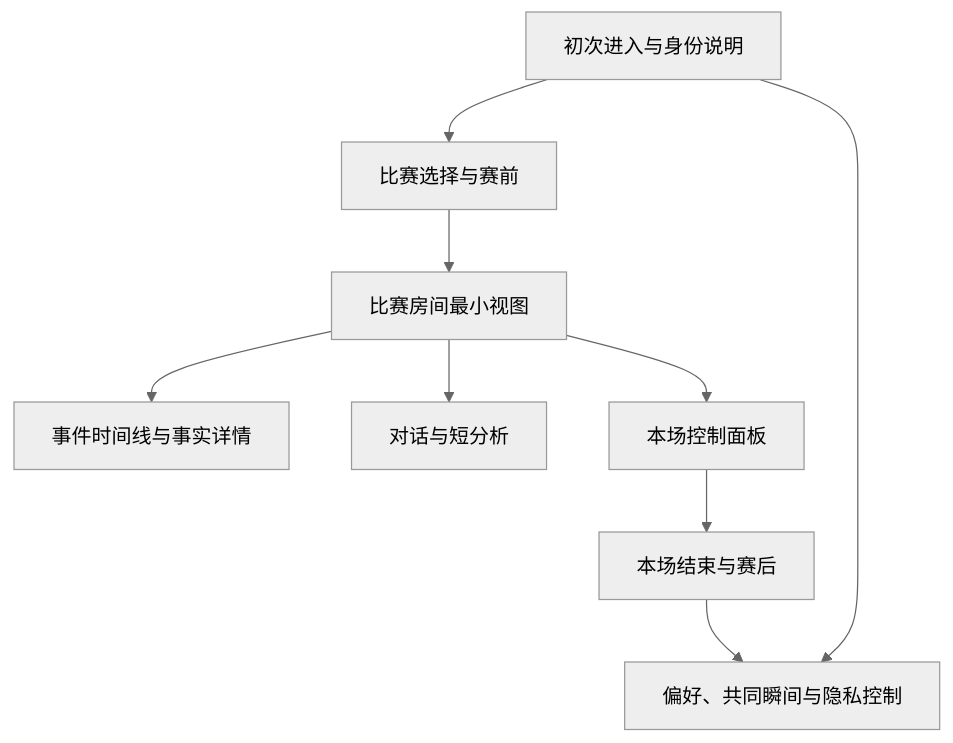
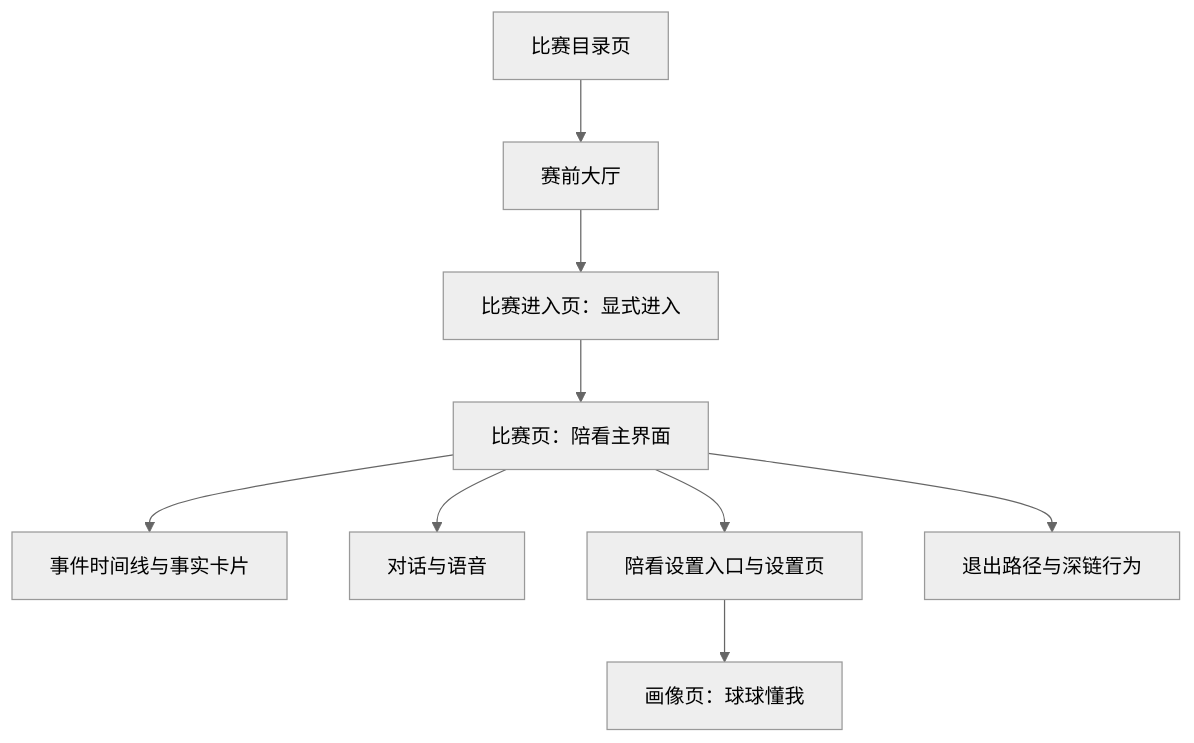
One commit to weiz98417-crypto/qiuqiu changed the fifth of 12 diagrams in docs/球球全套资料/4.产品设计/34-用户端页面与视觉规格.md. Above: the diagram before and after it, drawn with Mermaid (neutral theme). The commit also changed other lines of this file and 49 other files, not shown here.

````diff
--- a/docs/球球全套资料/4.产品设计/34-用户端页面与视觉规格.md
+++ b/docs/球球全套资料/4.产品设计/34-用户端页面与视觉规格.md
@@ -302,11 +300,11 @@
 ```mermaid
 flowchart TB
-    Entry[初次进入与身份说明] --> Pre[比赛选择与赛前]
-    Pre --> Room[比赛房间最小视图]
-    Room --> Timeline[事件时间线与事实详情]
-    Room --> Chat[对话与短分析]
-    Room --> Controls[本场控制面板]
-    Controls --> End[本场结束与赛后]
-    Entry --> Settings[偏好、共同瞬间与隐私控制]
-    End --> Settings
+    Catalog[比赛目录页] --> Lobby[赛前大厅]
+    Lobby --> Enter[比赛进入页：显式进入]
+    Enter --> Room[比赛页：陪看主界面]
+    Room --> Timeline[事件时间线与事实卡片]
+    Room --> Chat[对话与语音]
+    Room --> Set[陪看设置入口与设置页]
+    Room --> Exit[退出路径与深链行为]
+    Set --> Profile[画像页：球球懂我]
 ```
````
